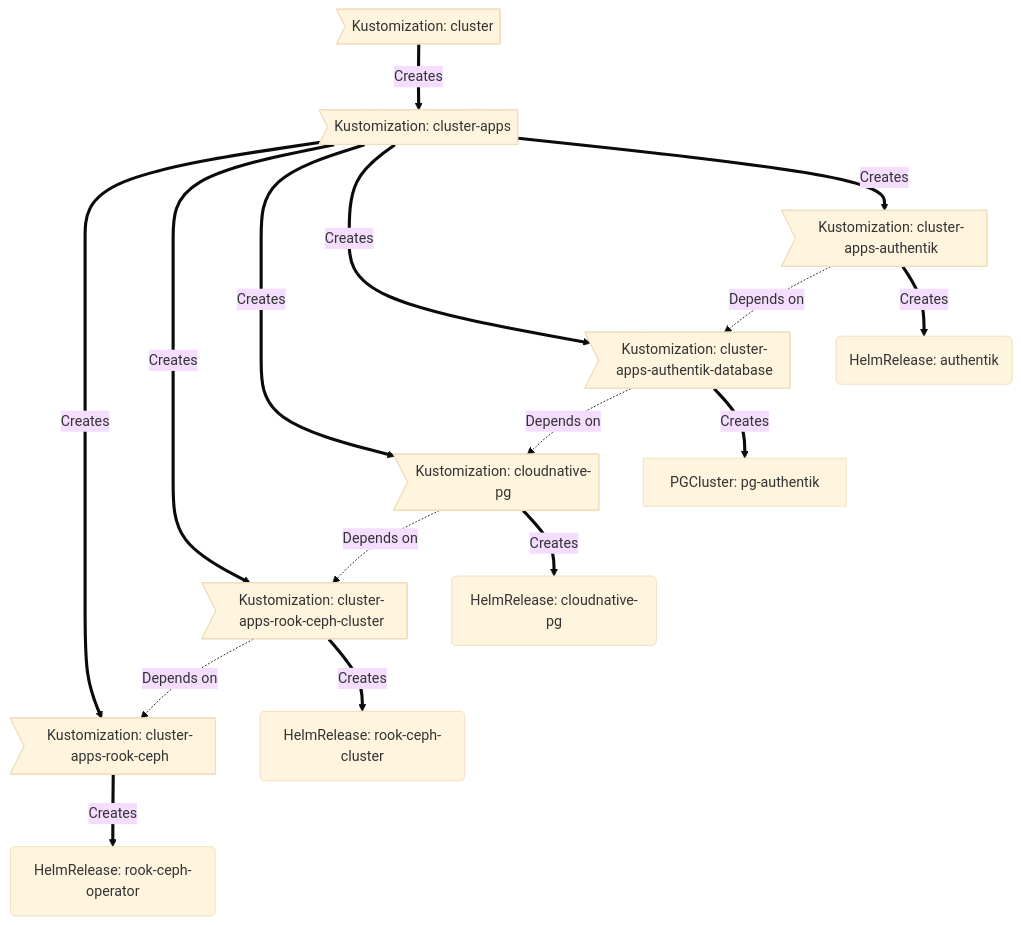
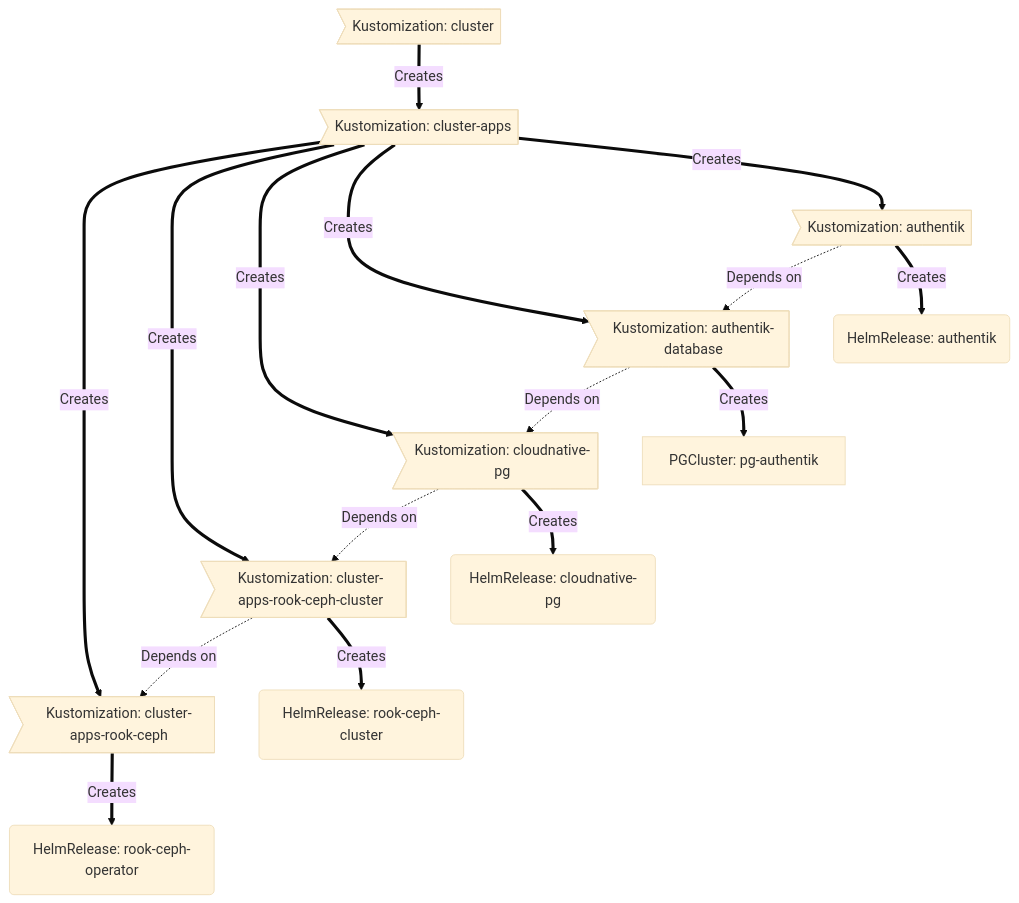
One commit to dmfrey/home-gitops changed the diagram in README.md. Above: the diagram before and after it, drawn with Mermaid (base theme). The commit also changed 10 other files, not shown here.

````diff
--- a/README.md
+++ b/README.md
@@ -42,18 +42,18 @@
 ```mermaid
 flowchart TD
   id01>Kustomization: cluster] ==>|Creates| id02>Kustomization: cluster-apps]
   id02 ==>|Creates| id06>Kustomization: cluster-apps-rook-ceph]
   id02 ==>|Creates| id07>Kustomization: cluster-apps-rook-ceph-cluster]
   id02 ==>|Creates| id08>Kustomization: cloudnative-pg]
-  id02 ==>|Creates| id09>Kustomization: cluster-apps-authentik-database]
-  id02 ==>|Creates| id10>Kustomization: cluster-apps-authentik]
+  id02 ==>|Creates| id09>Kustomization: authentik-database]
+  id02 ==>|Creates| id10>Kustomization: authentik]
   id06 ==>|Creates| id11(HelmRelease: rook-ceph-operator)
   id07 -.->|Depends on| id06
   id07 ==>|Creates| id12(HelmRelease: rook-ceph-cluster)
   id08 -.->|Depends on| id07
   id08 ==>|Creates| id13(HelmRelease: cloudnative-pg)
   id09 -.->|Depends on| id08
   id09 ==>|Creates| id14[PGCluster: pg-authentik]
   id10 -.->|Depends on| id09
   id10 ==>|Creates| id15(HelmRelease: authentik)
 ```
````
